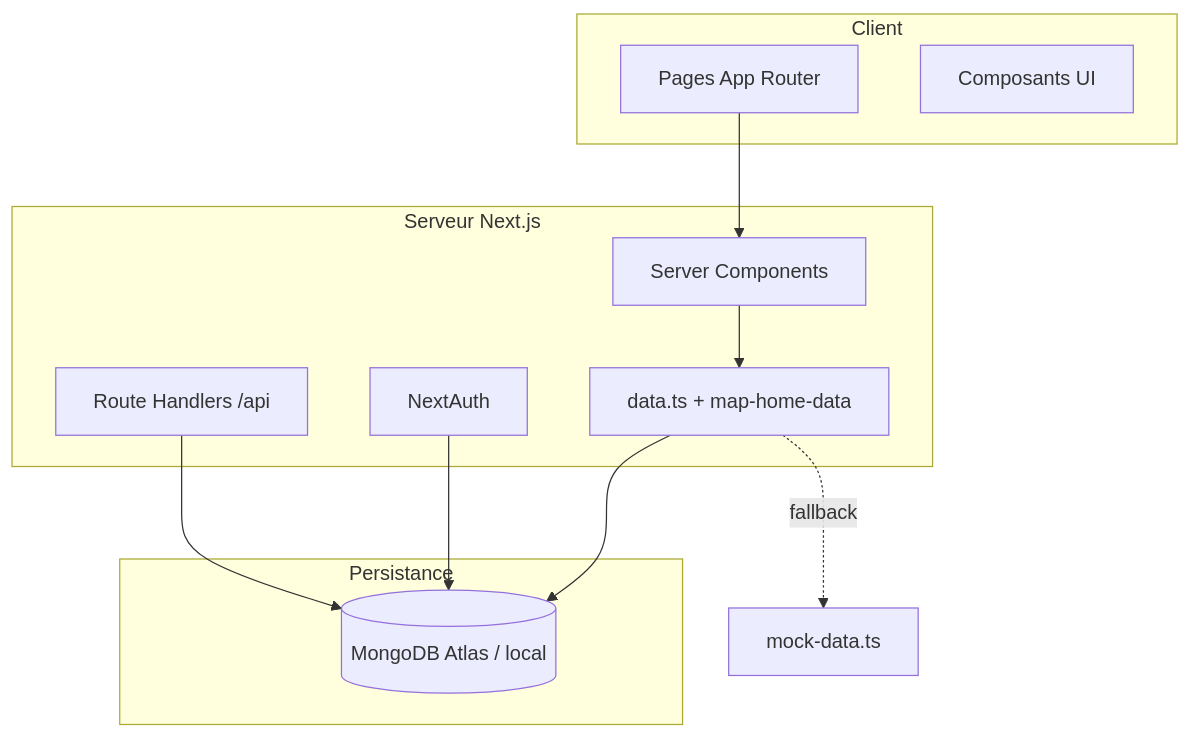
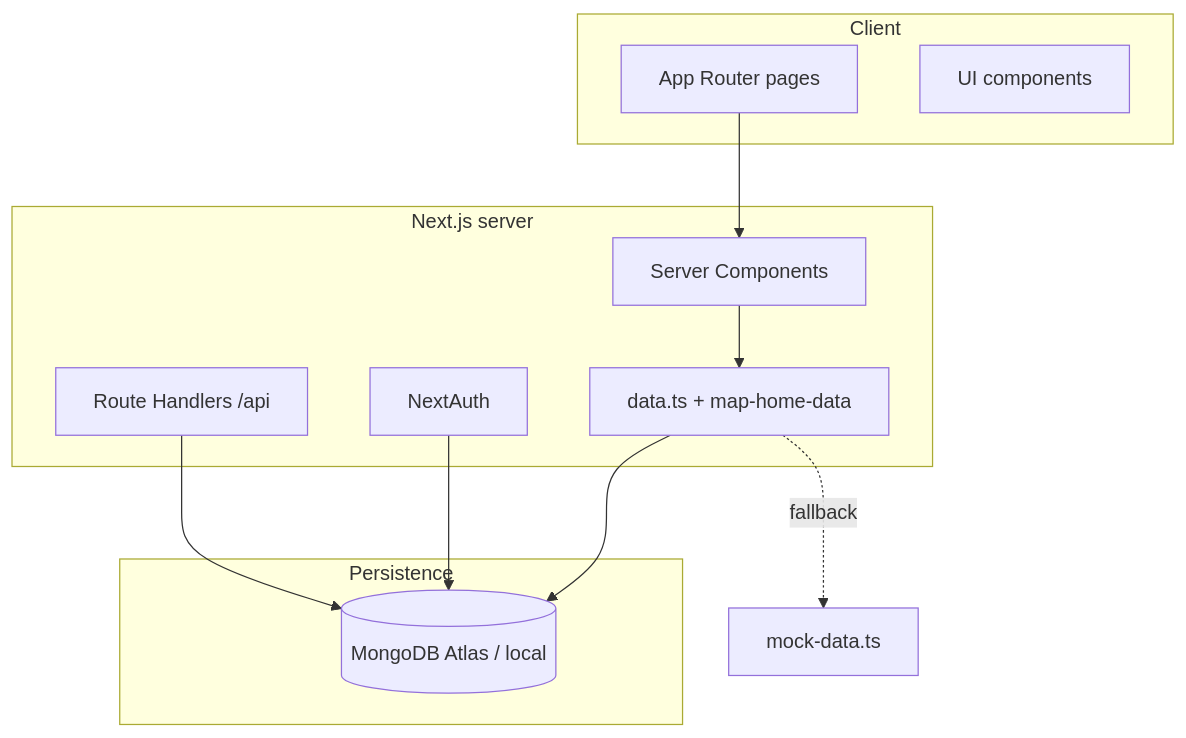
Before and after one commit to YAOSTEPHANE/magasine: the diagram in README.md, drawn with Mermaid. The commit also changed other lines of this file and 45 other files, not shown here.

````diff
--- a/README.md
+++ b/README.md
@@ -89,25 +92,25 @@
 ```mermaid
 flowchart TB
   subgraph client [Client]
-    Pages[Pages App Router]
-    Components[Composants UI]
+    Pages[App Router pages]
+    Components[UI components]
   end
 
-  subgraph server [Serveur Next.js]
+  subgraph server [Next.js server]
     RSC[Server Components]
     API[Route Handlers /api]
     Auth[NextAuth]
     Data[data.ts + map-home-data]
   end
 
-  subgraph persistence [Persistance]
+  subgraph persistence [Persistence]
     MongoDB[(MongoDB Atlas / local)]
   end
 
   Pages --> RSC
   RSC --> Data
   Data --> MongoDB
   API --> MongoDB
   Auth --> MongoDB
   Data -.->|fallback| Mock[mock-data.ts]
 ```
````
